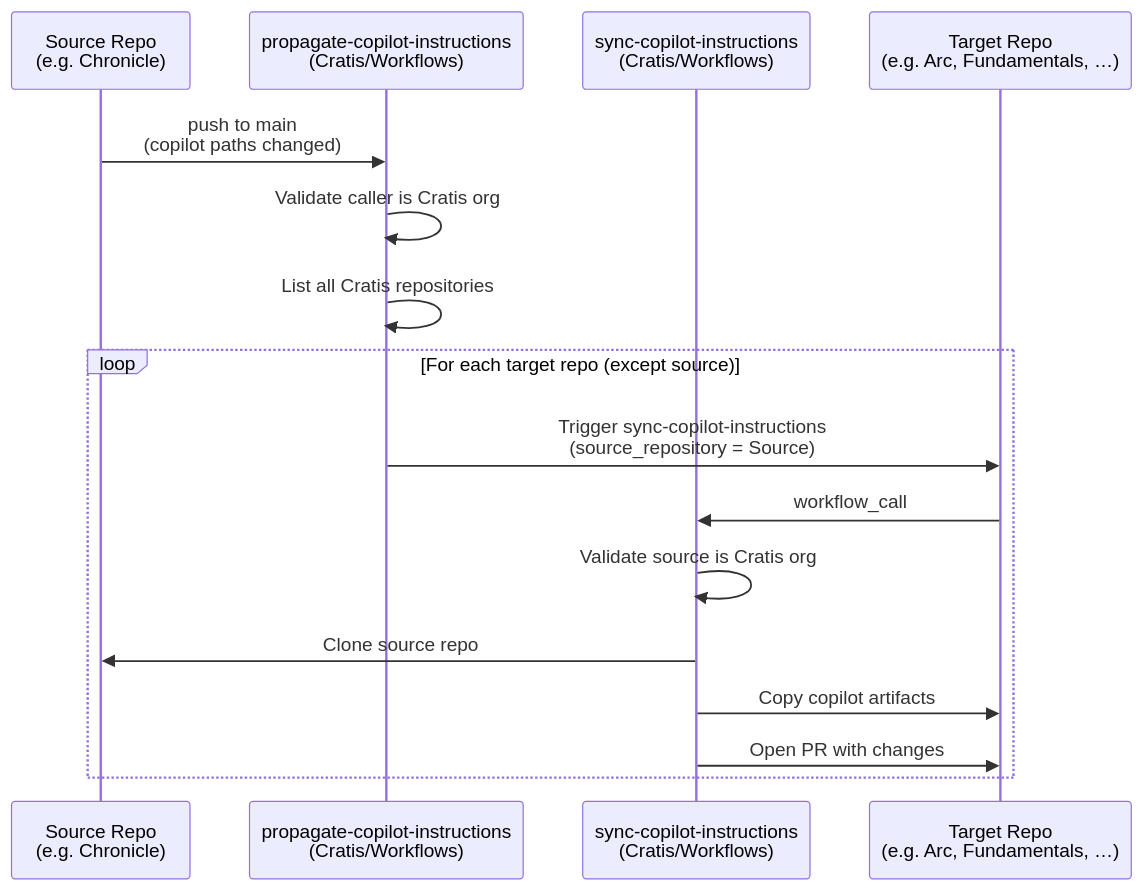
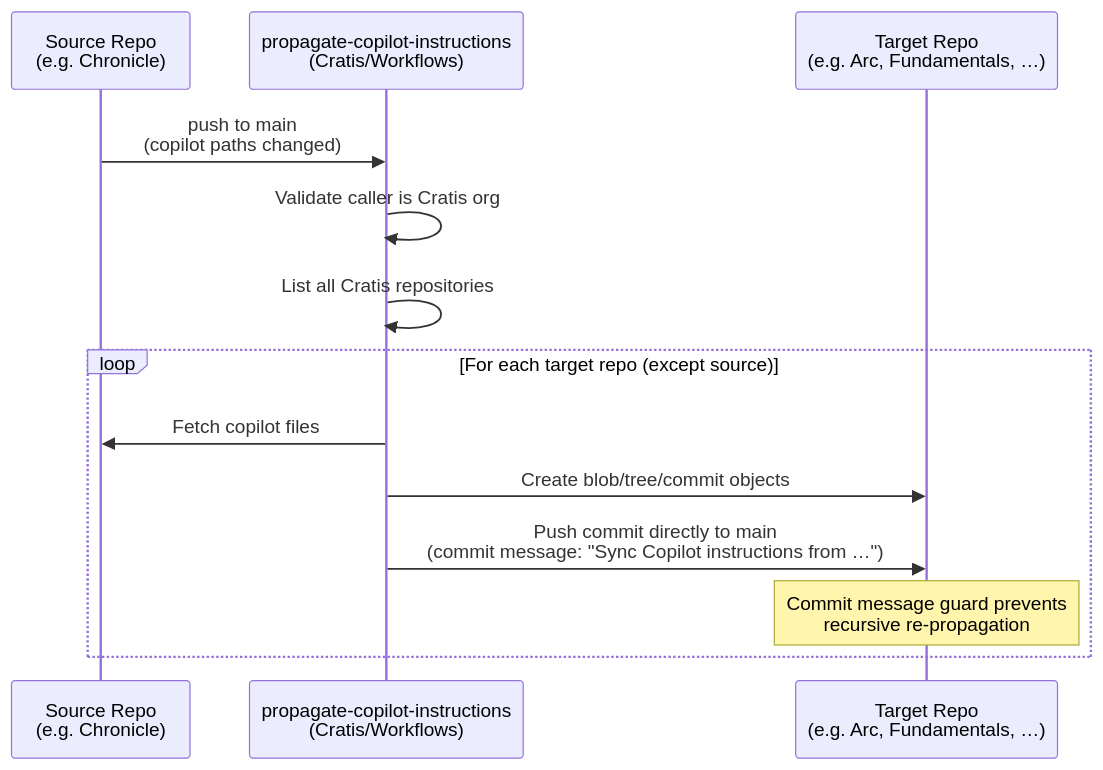
The first of 2 diagrams in README.md (Cratis/Workflows), drawn with Mermaid before and after one commit. The commit also changed other lines of this file and 2 other files, not shown here.

Commit message:
Change propagation workflow to push directly to main instead of opening PRs

````diff
--- a/README.md
+++ b/README.md
@@ -121,19 +121,16 @@
 ```mermaid
 sequenceDiagram
     participant Source as Source Repo<br/>(e.g. Chronicle)
     participant Propagate as propagate-copilot-instructions<br/>(Cratis/Workflows)
-    participant Sync as sync-copilot-instructions<br/>(Cratis/Workflows)
     participant Target as Target Repo<br/>(e.g. Arc, Fundamentals, …)
 
     Source->>Propagate: push to main<br/>(copilot paths changed)
     Propagate->>Propagate: Validate caller is Cratis org
     Propagate->>Propagate: List all Cratis repositories
     loop For each target repo (except source)
-        Propagate->>Target: Trigger sync-copilot-instructions<br/>(source_repository = Source)
-        Target->>Sync: workflow_call
-        Sync->>Sync: Validate source is Cratis org
-        Sync->>Source: Clone source repo
-        Sync->>Target: Copy copilot artifacts
-        Sync->>Target: Open PR with changes
+        Propagate->>Source: Fetch copilot files
+        Propagate->>Target: Create blob/tree/commit objects
+        Propagate->>Target: Push commit directly to main<br/>(commit message: "Sync Copilot instructions from …")
+        Note over Target: Commit message guard prevents<br/>recursive re-propagation
     end
 ```
````
